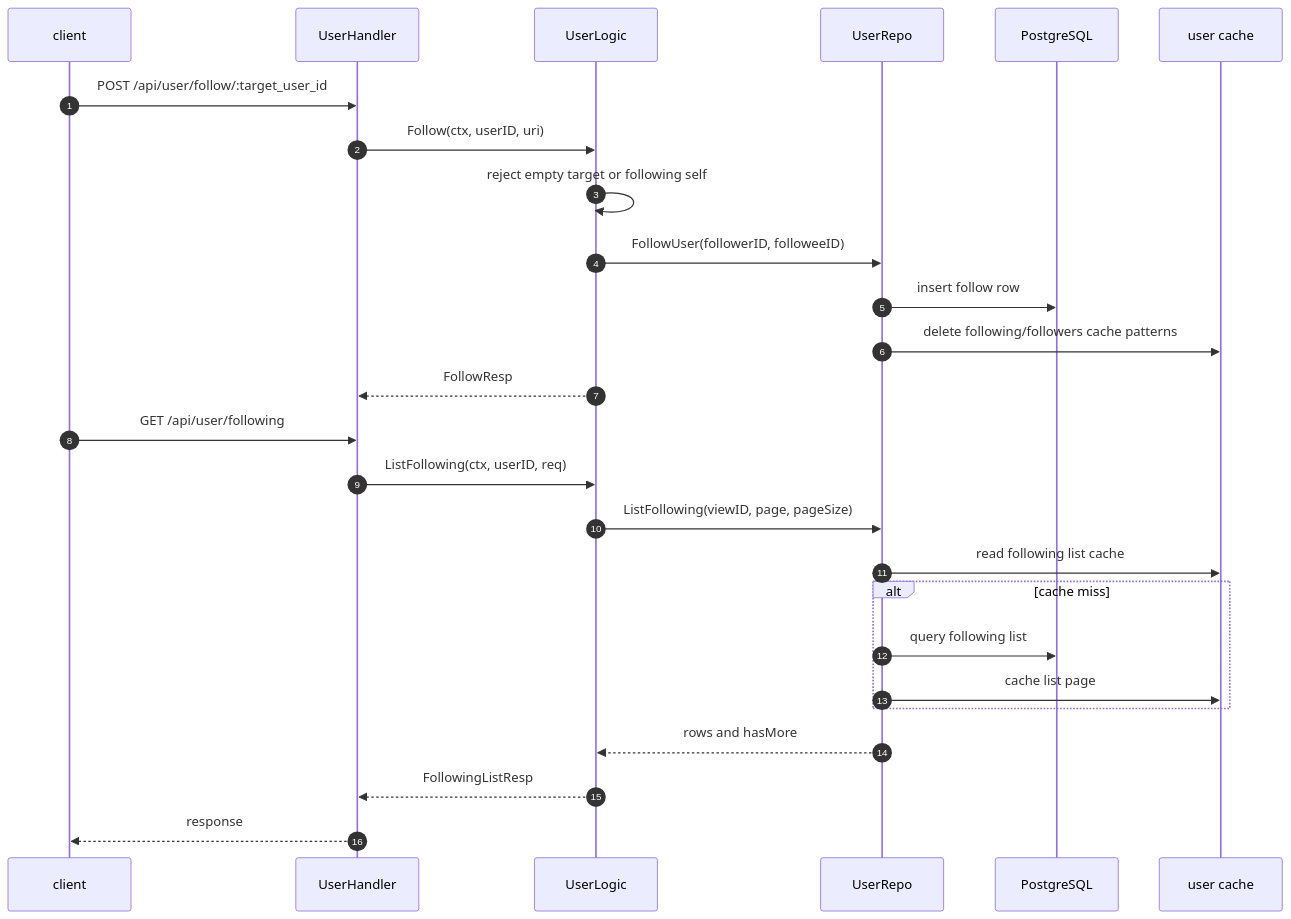
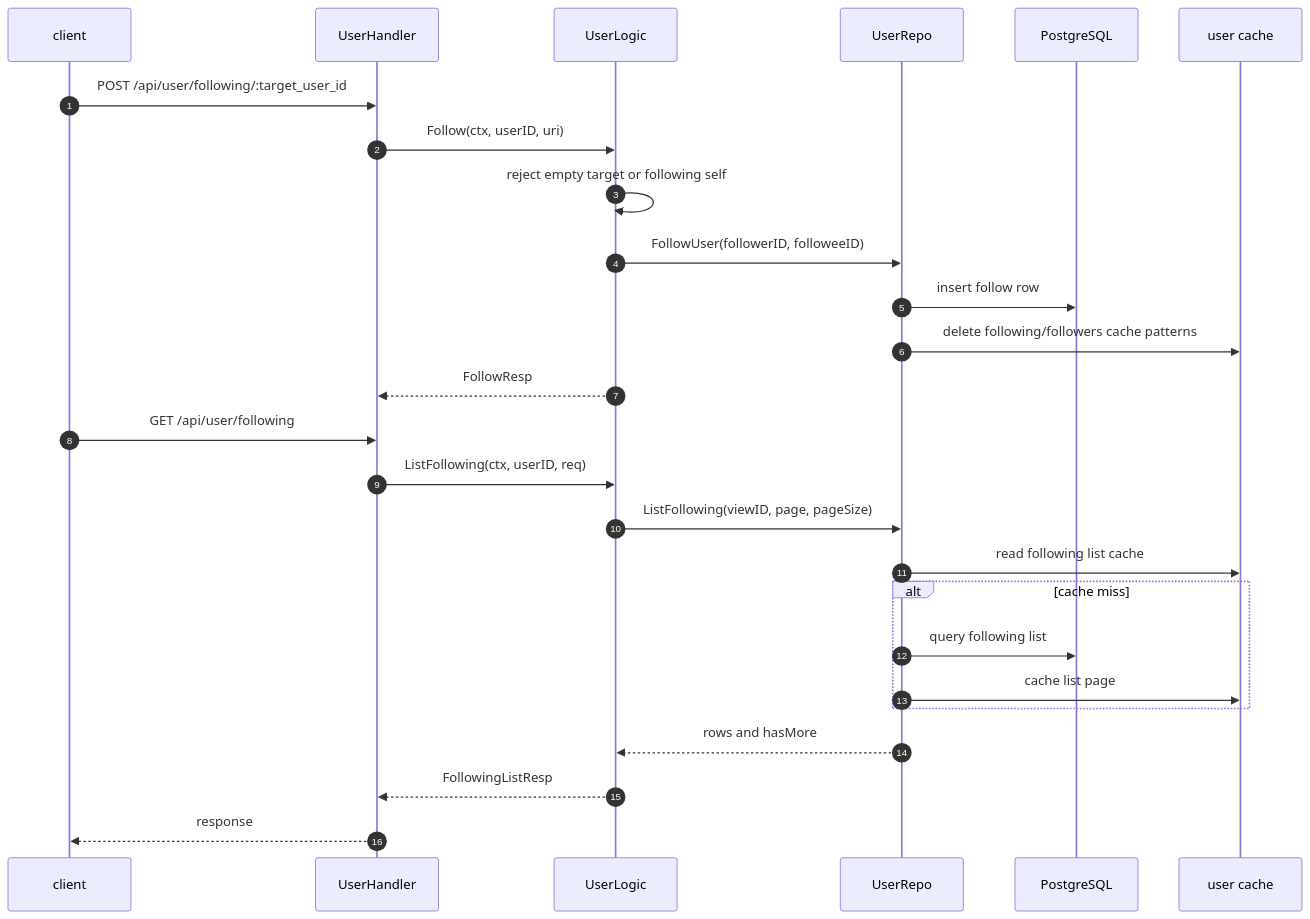
The fifth of 5 diagrams in internal/user/doc/README.md (Goblin-Master/nurture), drawn with Mermaid before and after one commit. The commit also changed other lines of this file and 8 other files, not shown here.

````diff
--- a/internal/user/doc/README.md
+++ b/internal/user/doc/README.md
@@ -139,30 +139,30 @@
 ```mermaid
 sequenceDiagram
   autonumber
   participant Client as client
   participant Handler as UserHandler
   participant Logic as UserLogic
   participant Repo as UserRepo
   participant DB as PostgreSQL
   participant Cache as user cache
 
-  Client->>Handler: POST /api/user/follow/:target_user_id
+  Client->>Handler: POST /api/user/following/:target_user_id
   Handler->>Logic: Follow(ctx, userID, uri)
   Logic->>Logic: reject empty target or following self
   Logic->>Repo: FollowUser(followerID, followeeID)
   Repo->>DB: insert follow row
   Repo->>Cache: delete following/followers cache patterns
   Logic-->>Handler: FollowResp
 
   Client->>Handler: GET /api/user/following
   Handler->>Logic: ListFollowing(ctx, userID, req)
   Logic->>Repo: ListFollowing(viewID, page, pageSize)
   Repo->>Cache: read following list cache
   alt cache miss
     Repo->>DB: query following list
     Repo->>Cache: cache list page
   end
   Repo-->>Logic: rows and hasMore
   Logic-->>Handler: FollowingListResp
   Handler-->>Client: response
 ```
````
